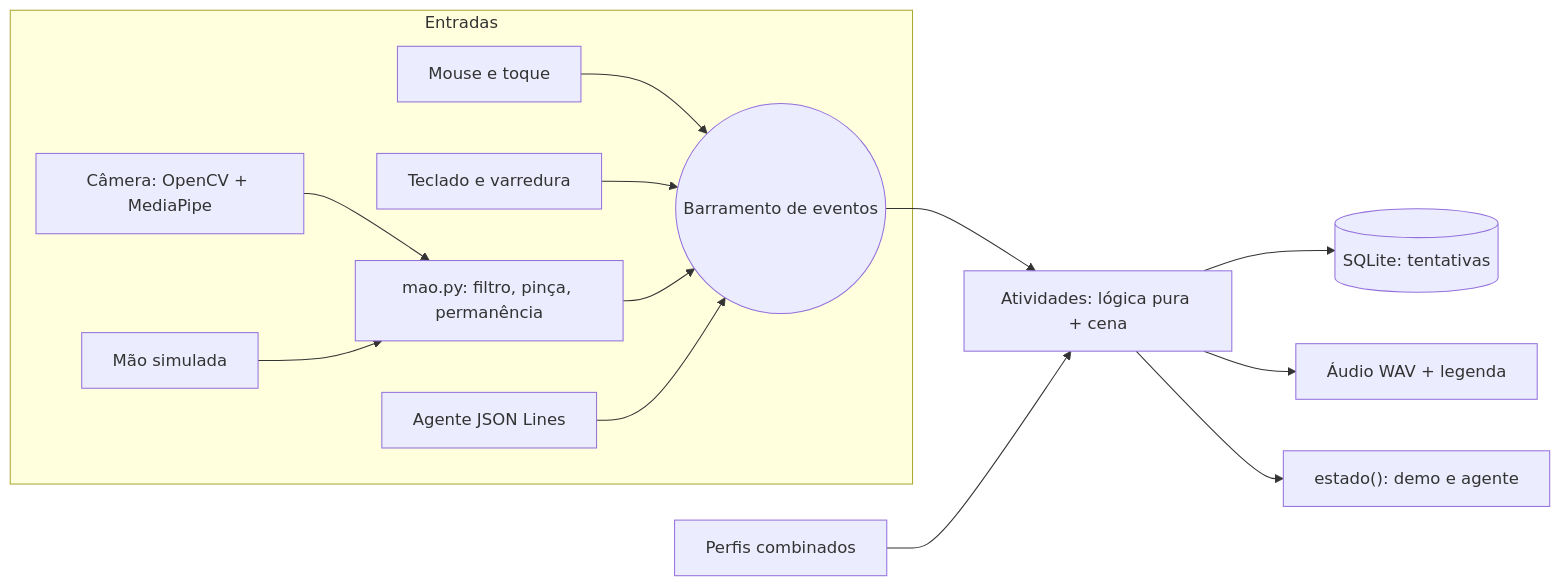
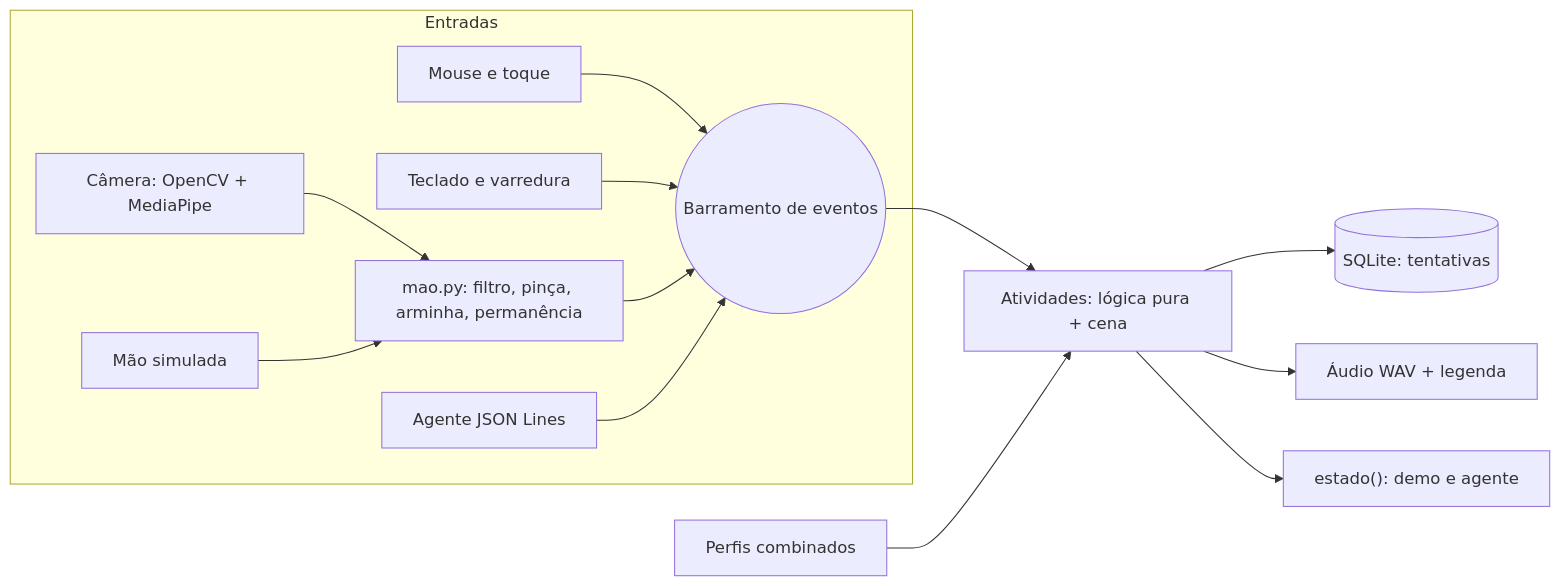
Before and after one commit to edpl22/hackthonAstros: the diagram in README.md, drawn with Mermaid. The commit also changed other lines of this file and 47 other files, not shown here.

````diff
--- a/README.md
+++ b/README.md
@@ -176,15 +195,15 @@
 ```mermaid
 flowchart LR
     subgraph Entradas
         M[Mouse e toque] --> B
         T[Teclado e varredura] --> B
-        C[Câmera: OpenCV + MediaPipe] --> H[mao.py: filtro, pinça, permanência] --> B
+        C[Câmera: OpenCV + MediaPipe] --> H[mao.py: filtro, pinça, arminha, permanência] --> B
         S[Mão simulada] --> H
         A[Agente JSON Lines] --> B
     end
     B((Barramento de eventos)) --> AT[Atividades: lógica pura + cena]
     P[Perfis combinados] --> AT
     AT --> R[(SQLite: tentativas)]
     AT --> AU[Áudio WAV + legenda]
     AT --> E["estado(): demo e agente"]
 ```
````
